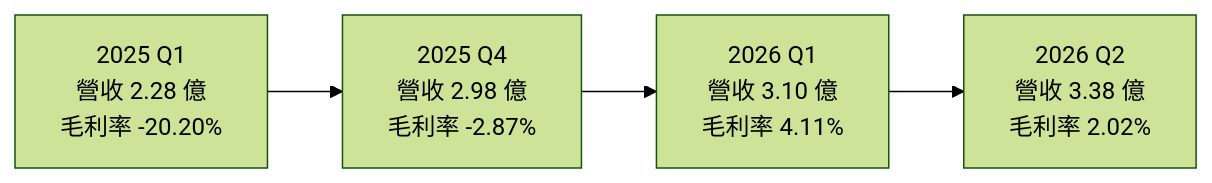
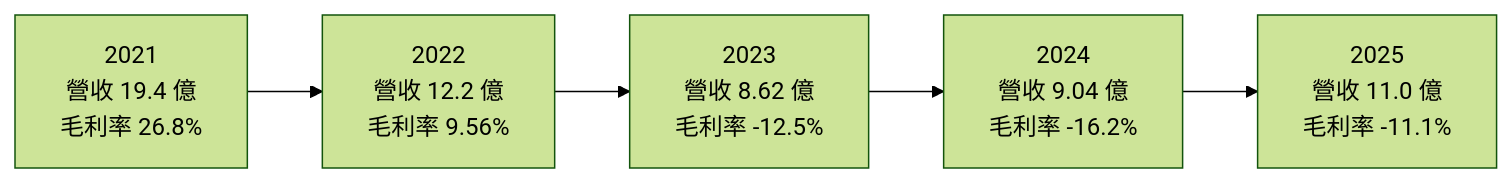
Before and after one commit to wangnick1004/taiwan-stock-vault: the third of 4 diagrams in 個股/台股/3372典範.md, drawn with Mermaid (forest theme). The commit also changed other lines of this file and 142 other files, not shown here.

````diff
--- a/個股/台股/3372典範.md
+++ b/個股/台股/3372典範.md
@@ -143,4 +138,4 @@
 ```mermaid
 flowchart LR
-    Q1a["2025 Q1<br/>營收 2.28 億<br/>毛利率 -20.20%"] --> Q4a["2025 Q4<br/>營收 2.98 億<br/>毛利率 -2.87%"] --> Q1b["2026 Q1<br/>營收 3.10 億<br/>毛利率 4.11%"] --> Q2b["2026 Q2<br/>營收 3.38 億<br/>毛利率 2.02%"]
+    Y21["2021<br/>營收 19.4 億<br/>毛利率 26.8%"] --> Y22["2022<br/>營收 12.2 億<br/>毛利率 9.56%"] --> Y23["2023<br/>營收 8.62 億<br/>毛利率 -12.5%"] --> Y24["2024<br/>營收 9.04 億<br/>毛利率 -16.2%"] --> Y25["2025<br/>營收 11.0 億<br/>毛利率 -11.1%"]
 ```
````
